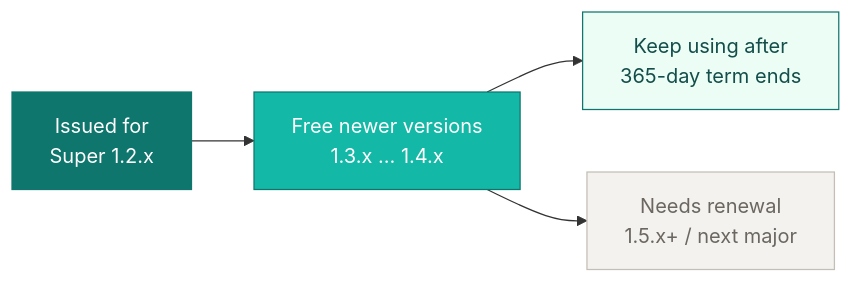
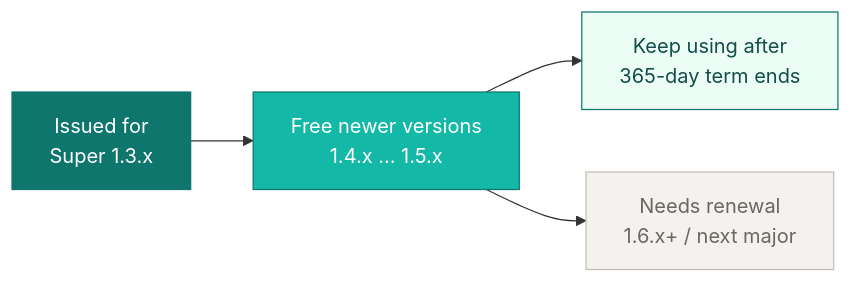
One commit to schiplat/super changed the diagram in docs/content/go/pro.md. Above: the diagram before and after it, drawn with Mermaid. The commit also changed other lines of this file and 14 other files, not shown here.

````diff
--- a/docs/content/go/pro.md
+++ b/docs/content/go/pro.md
@@ -51,10 +51,10 @@
 ```mermaid
 flowchart LR
-  I["Issued for<br/>Super 1.2.x"] --> F["Free newer versions<br/>1.3.x … 1.4.x"]
+  I["Issued for<br/>Super 1.3.x"] --> F["Free newer versions<br/>1.4.x … 1.5.x"]
   F --> K["Keep using after<br/>365-day term ends"]
-  F --> R["Needs renewal<br/>1.5.x+ / next major"]
+  F --> R["Needs renewal<br/>1.6.x+ / next major"]
   style I fill:#0f766e,stroke:#0f766e,color:#fff
   style F fill:#14b8a6,stroke:#0f766e,color:#fff
   style K fill:#ecfdf5,stroke:#0f766e,color:#134e4a
   style R fill:#f3f2ef,stroke:#c4bfb4,color:#6b6760
 ```
````
